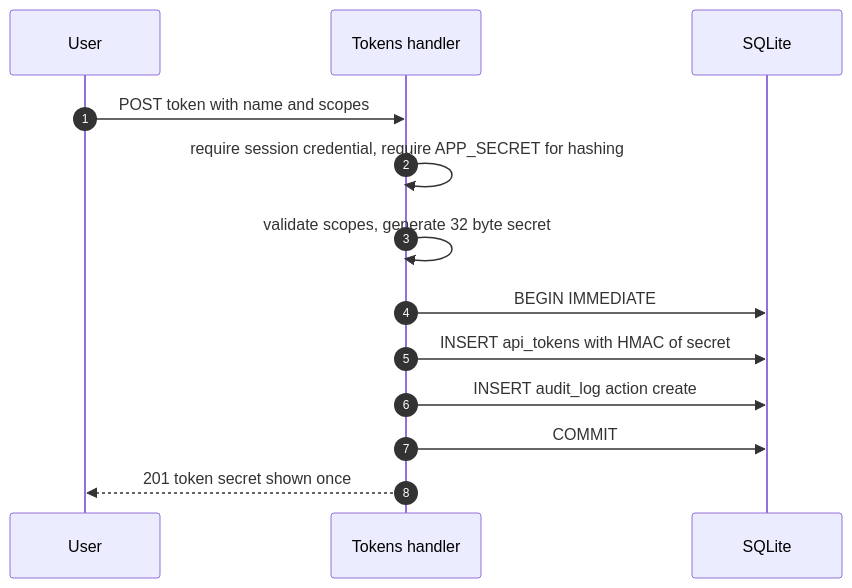
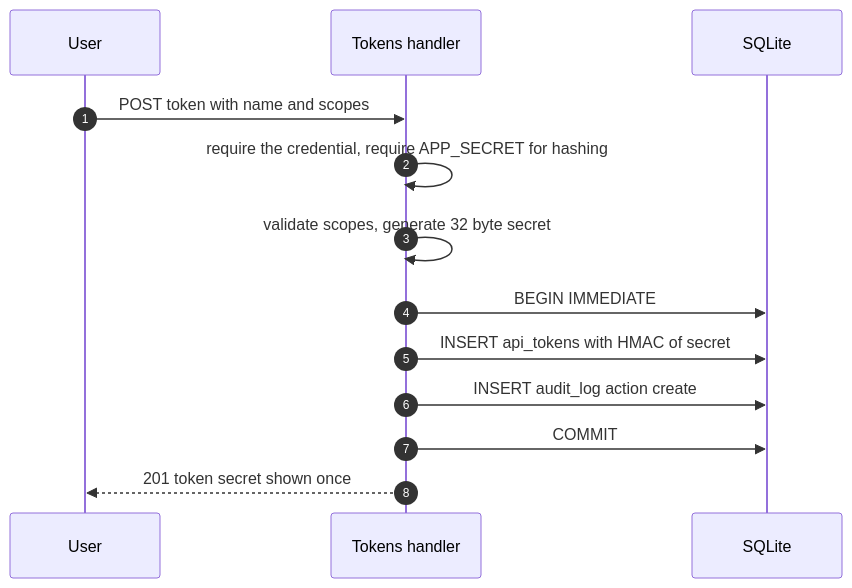
Diagram 18 of 20 in docs/v2-api.md (dimasbaguspm/spenicle), drawn with Mermaid before and after one commit. The commit also changed other lines of this file and 2 other files, not shown here.

Commit message:
docs: drop the last references to the removed session route

````diff
--- a/docs/v2-api.md
+++ b/docs/v2-api.md
@@ -932,15 +931,15 @@
 ```mermaid
 sequenceDiagram
     autonumber
     participant U as User
     participant API as Tokens handler
     participant DB as SQLite
     U->>API: POST token with name and scopes
-    API->>API: require session credential, require APP_SECRET for hashing
+    API->>API: require the credential, require APP_SECRET for hashing
     API->>API: validate scopes, generate 32 byte secret
     API->>DB: BEGIN IMMEDIATE
     API->>DB: INSERT api_tokens with HMAC of secret
     API->>DB: INSERT audit_log action create
     API->>DB: COMMIT
     API-->>U: 201 token secret shown once
 ```
````
